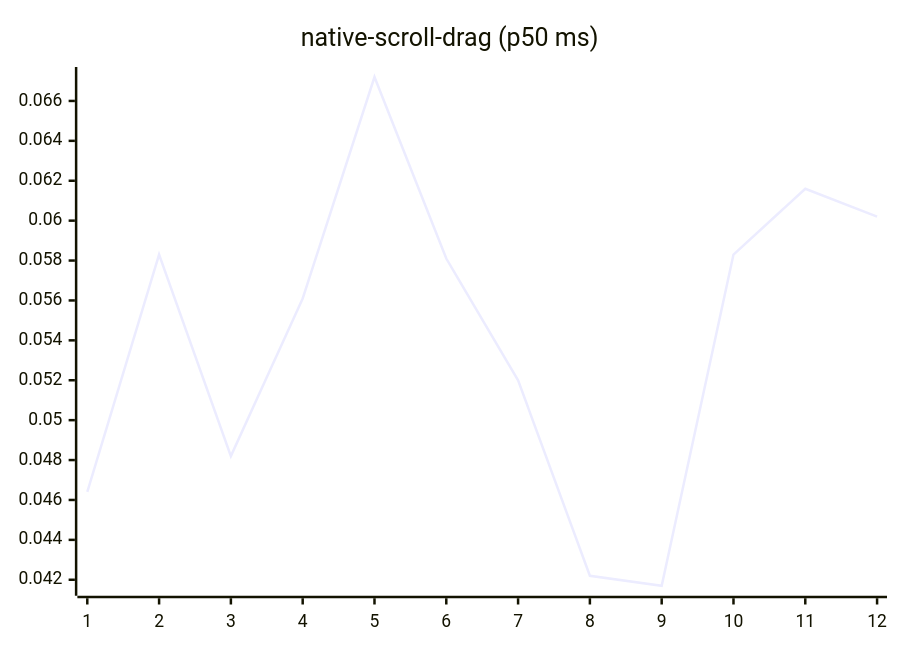
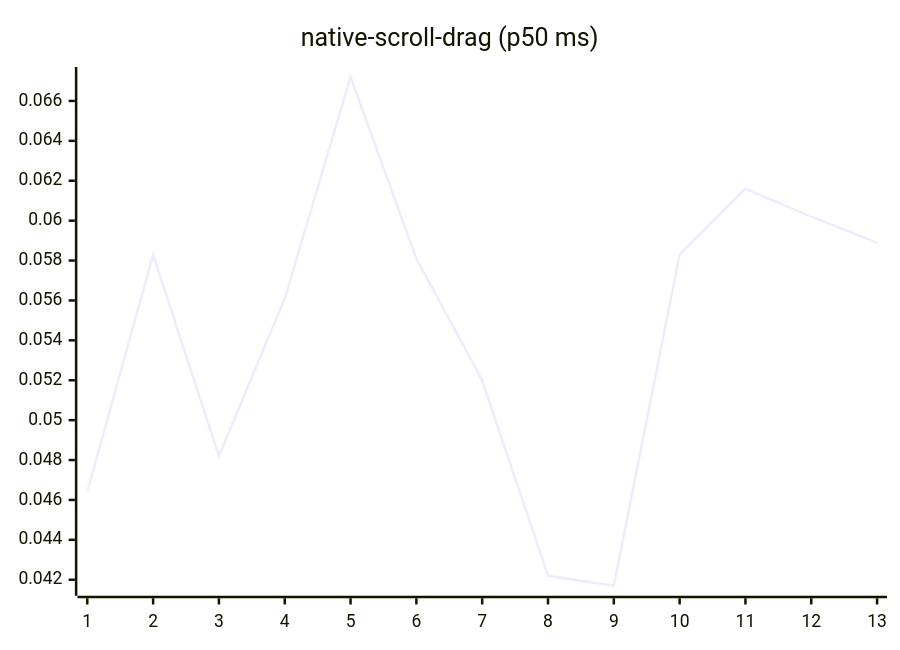
One commit to josha/Facet changed diagram 14 of 27 in README.md. Above: the diagram before and after it, drawn with Mermaid. The commit also changed other lines of this file and 2 other files, not shown here.

````diff
--- a/README.md
+++ b/README.md
@@ -154,6 +154,6 @@
 ```mermaid
 xychart-beta
     title "native-scroll-drag (p50 ms)"
-    x-axis 1 --> 12
-    line [0.0464, 0.0583, 0.0482, 0.0561, 0.0672, 0.0581, 0.0520, 0.0422, 0.0417, 0.0583, 0.0616, 0.0602]
+    x-axis 1 --> 13
+    line [0.0464, 0.0583, 0.0482, 0.0561, 0.0672, 0.0581, 0.0520, 0.0422, 0.0417, 0.0583, 0.0616, 0.0602, 0.0589]
 ```
````
